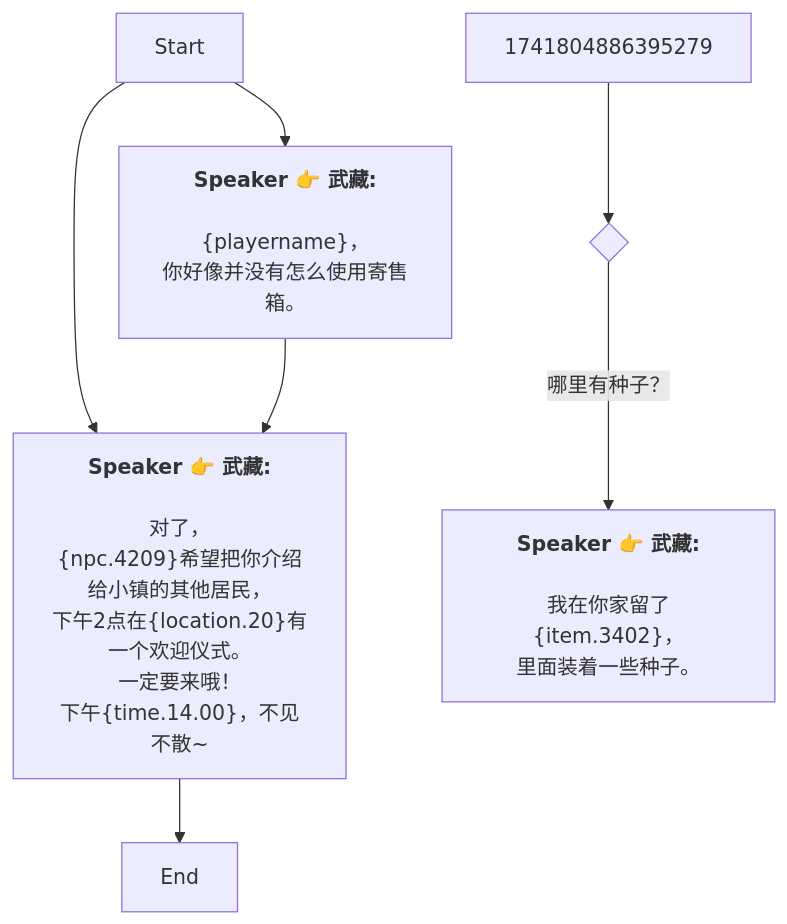
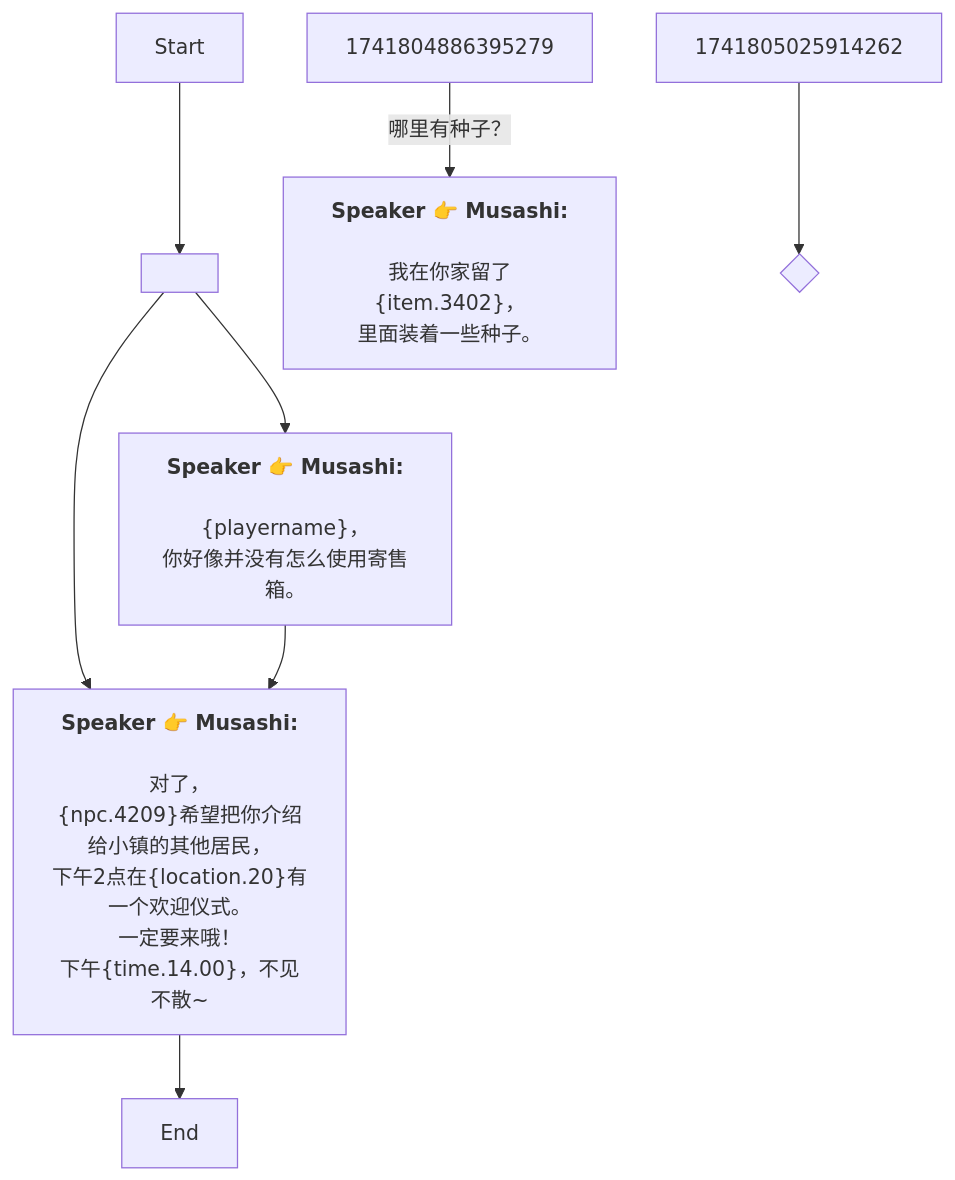
Before and after one commit to SoftHu/tos_avg: the diagram in Zh/QuestStartTalkENode_1741804807948684.md, drawn with Mermaid. The commit also changed 737 other files, not shown here.

````diff
--- a/Zh/QuestStartTalkENode_1741804807948684.md
+++ b/Zh/QuestStartTalkENode_1741804807948684.md
@@ -1,28 +1,23 @@
 ```mermaid
 graph
-Start -->1763771107802819[<b>Speaker 👉 武藏:</b>
-
-&lbrace;playername&rbrace;，
+Start -->1762595293475517[ ]
+1762595293475517 -->1763771107802819[<b>Speaker 👉 Musashi:</b>
+\n&lbrace;playername&rbrace;，
 你好像并没有怎么使用寄售箱。]
-Start -->1741805123273116[<b>Speaker 👉 武藏:</b>
-
-对了，
+1762595293475517 -->1741805123273116[<b>Speaker 👉 Musashi:</b>
+\n对了，
 &lbrace;npc.4209&rbrace;希望把你介绍给小镇的其他居民，
-下午2点在&lbrace;location.20&rbrace;有一个欢迎仪式。
-一定要来哦！
+下午2点在&lbrace;location.20&rbrace;有一个欢迎仪式。\n一定要来哦！
 下午&lbrace;time.14.00&rbrace;，不见不散~]
-1763771107802819 -->1741805123273116[<b>Speaker 👉 武藏:</b>
-
-对了，
+1763771107802819 -->1741805123273116[<b>Speaker 👉 Musashi:</b>
+\n对了，
 &lbrace;npc.4209&rbrace;希望把你介绍给小镇的其他居民，
-下午2点在&lbrace;location.20&rbrace;有一个欢迎仪式。
-一定要来哦！
+下午2点在&lbrace;location.20&rbrace;有一个欢迎仪式。\n一定要来哦！
 下午&lbrace;time.14.00&rbrace;，不见不散~]
 1741805123273116 -->1741805387044261[End]
-1741804886395279 -->1741804968039824{ }
-1741804968039824 -->|哪里有种子？|1741804982096277[<b>Speaker 👉 武藏:</b>
+1741804886395279 -->|哪里有种子？|1741804982096277[<b>Speaker 👉 Musashi:</b>
+\n我在你家留了&lbrace;item.3402&rbrace;，
+里面装着一些种子。]
+1741805025914262 -->1741805099132311{ }
 
-我在你家留了&lbrace;item.3402&rbrace;，
-里面装着一些种子。]
-
- ```
+```
````
